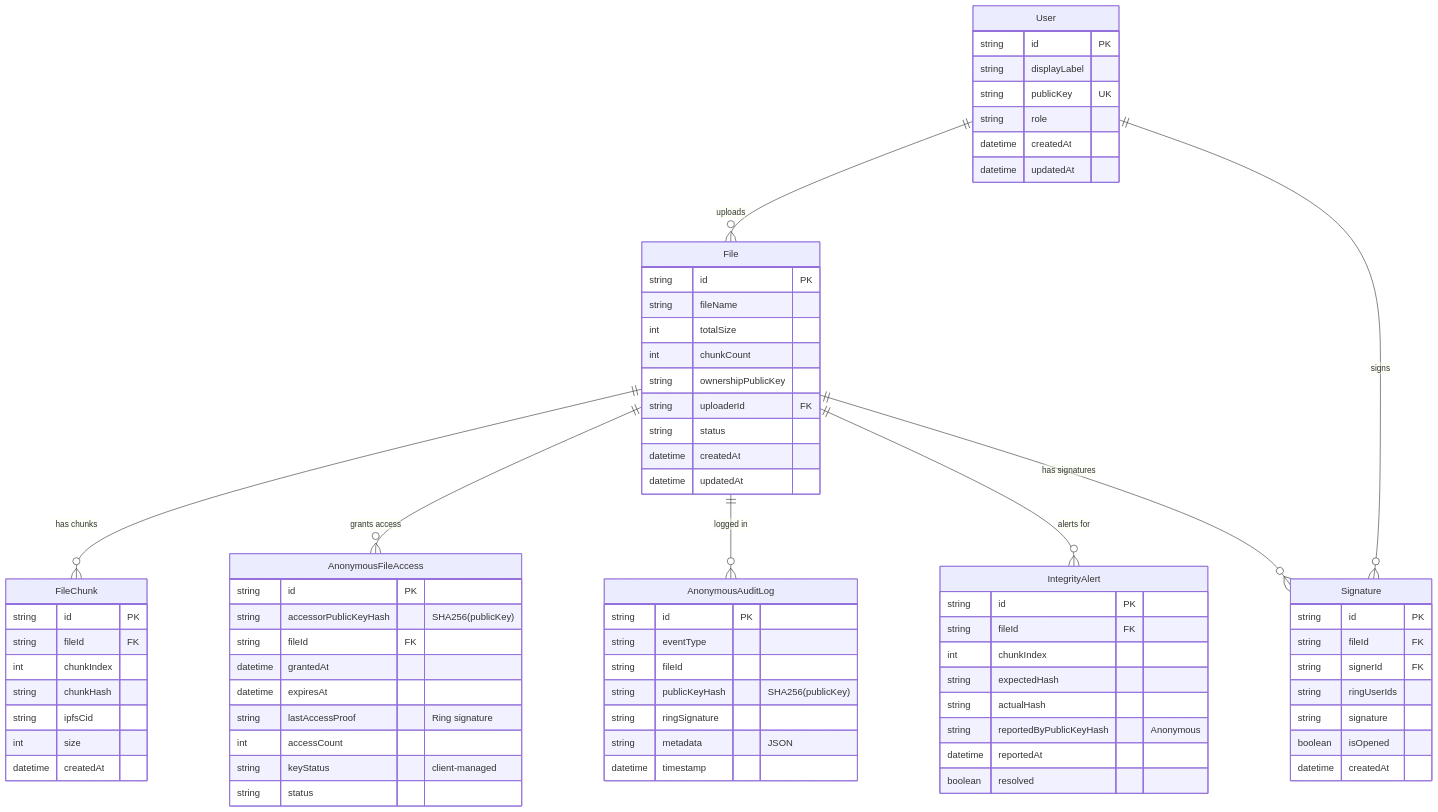
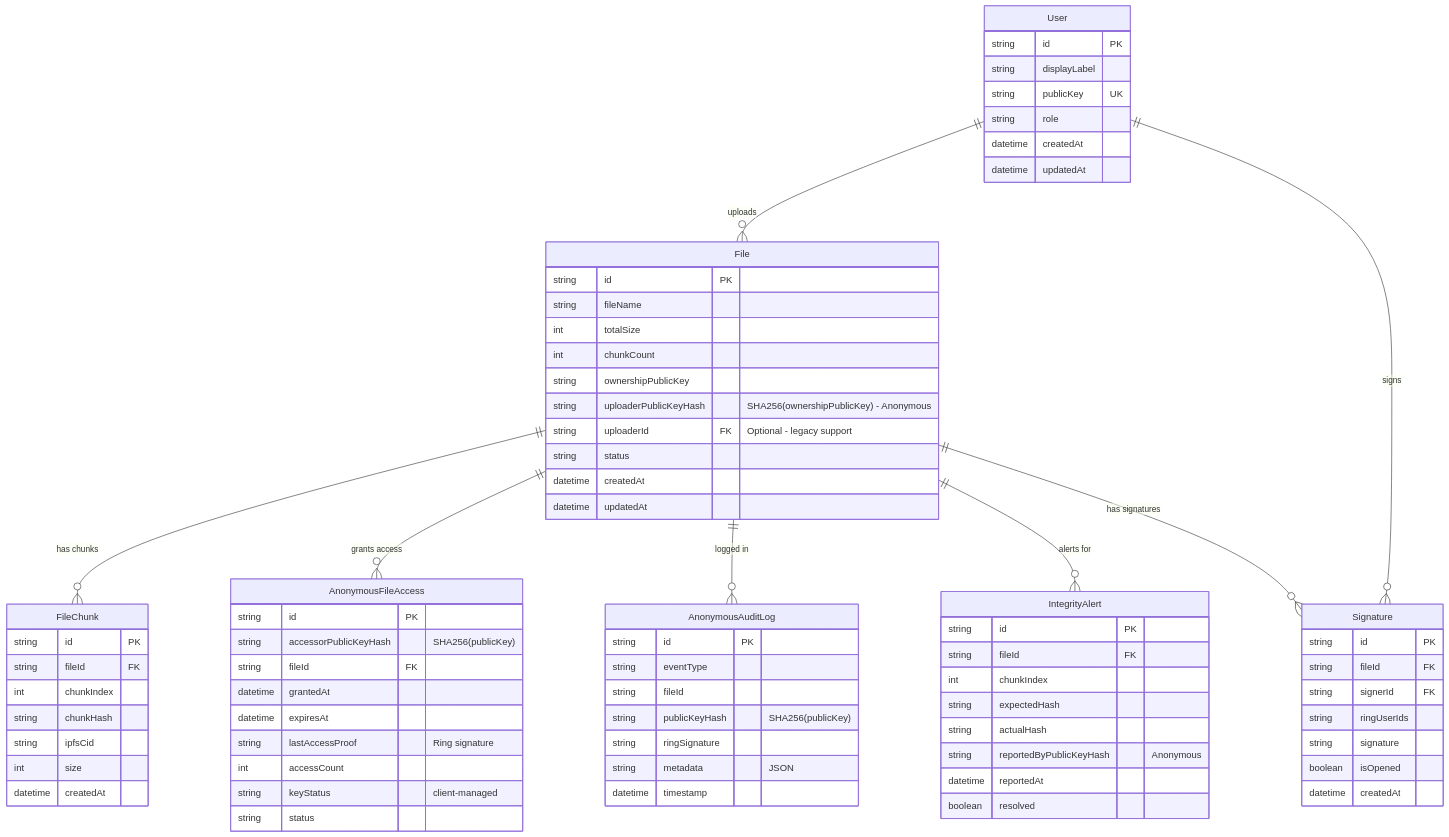
Before and after one commit to nguyenphuc22/ipfs-sandbox: diagram 19 of 27 in SYSTEM_ARCHITECTURE.md, drawn with Mermaid. The commit also changed other lines of this file and 30 other files, not shown here.

First line of the commit message:
feat: Implement anonymous upload flow with public key hashing

```diff
--- a/SYSTEM_ARCHITECTURE.md
+++ b/SYSTEM_ARCHITECTURE.md
@@ -704,7 +704,8 @@
         int totalSize
         int chunkCount
         string ownershipPublicKey
-        string uploaderId FK
+        string uploaderPublicKeyHash "SHA256(ownershipPublicKey) - Anonymous"
+        string uploaderId FK "Optional - legacy support"
         string status
         datetime createdAt
         datetime updatedAt
```
